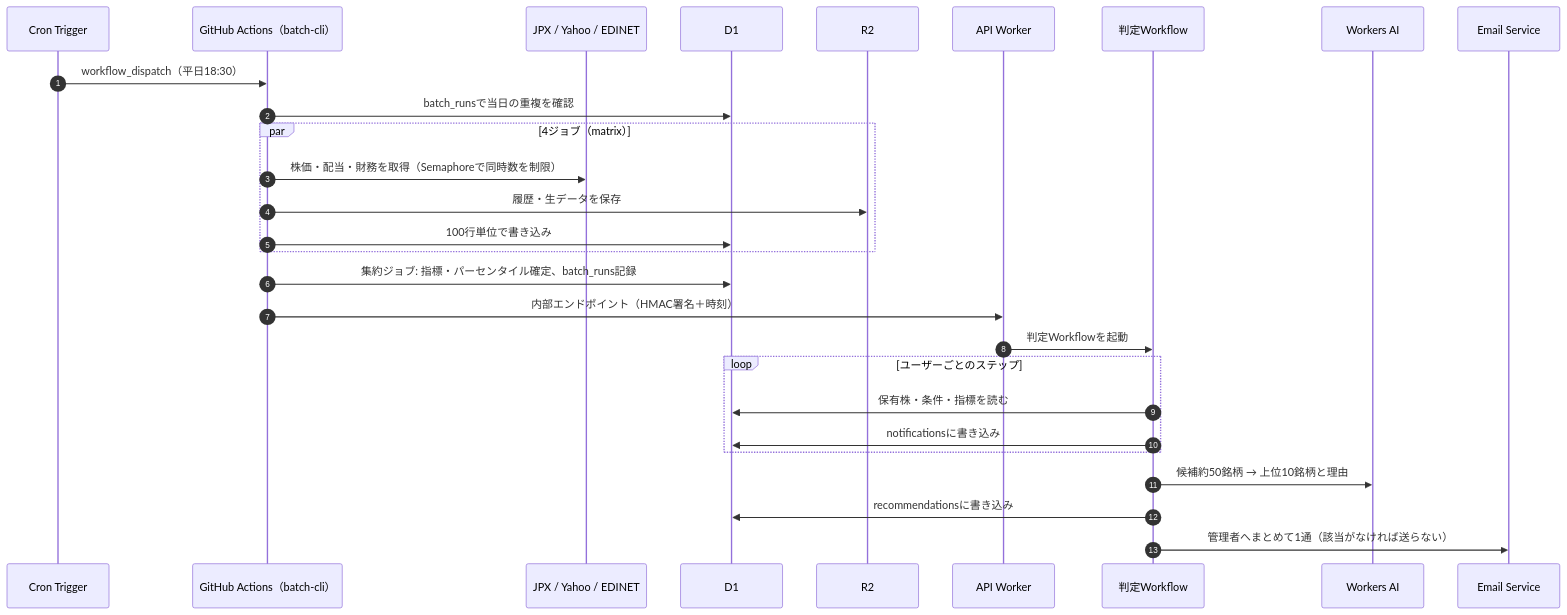
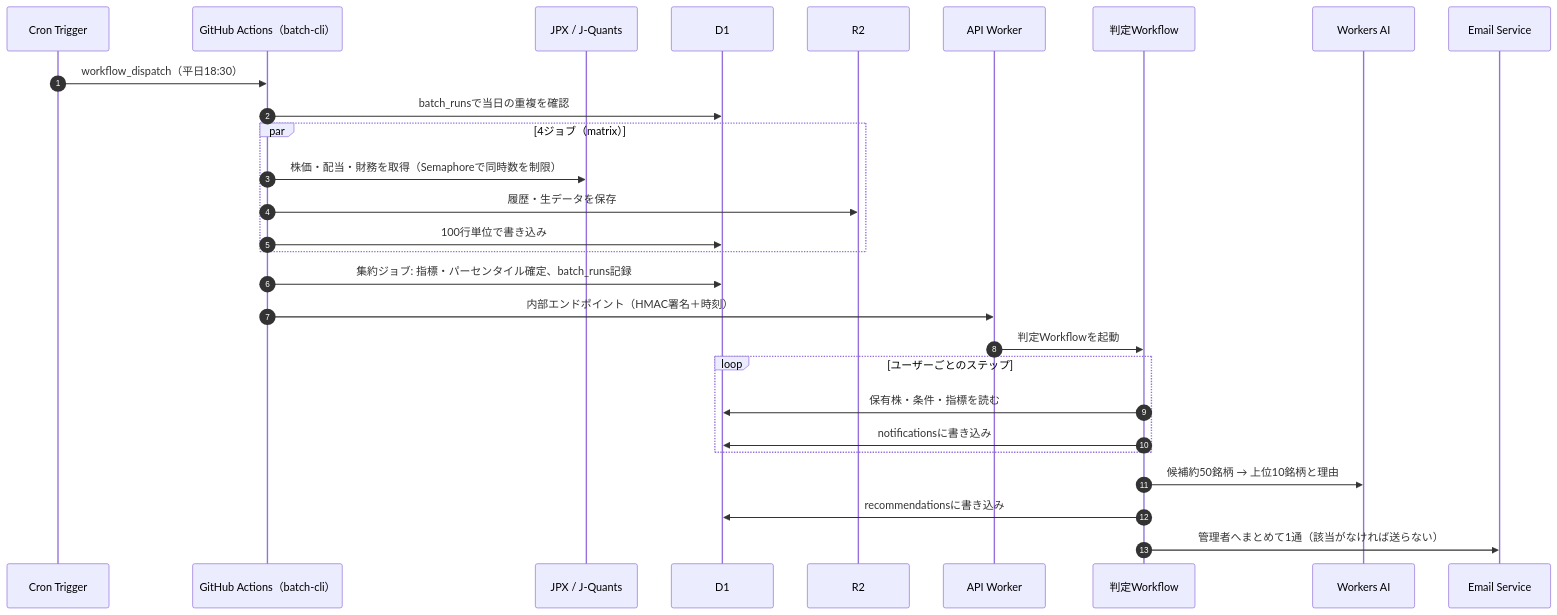
The first of 3 diagrams in docs/04_basic_design.md (taaaaakahiro/stock-insight), drawn with Mermaid before and after one commit. The commit also changed other lines of this file and 8 other files, not shown here.

````diff
--- a/docs/04_basic_design.md
+++ b/docs/04_basic_design.md
@@ -19,31 +19,31 @@
 ```mermaid
 sequenceDiagram
   autonumber
   participant CR as Cron Trigger
   participant GH as GitHub Actions（batch-cli）
-  participant EX as JPX / Yahoo / EDINET
+  participant EX as JPX / J-Quants
   participant D1 as D1
   participant R2 as R2
   participant API as API Worker
   participant WF as 判定Workflow
   participant AI as Workers AI
   participant M as Email Service
 
   CR->>GH: workflow_dispatch（平日18:30）
   GH->>D1: batch_runsで当日の重複を確認
   par 4ジョブ（matrix）
     GH->>EX: 株価・配当・財務を取得（Semaphoreで同時数を制限）
     GH->>R2: 履歴・生データを保存
     GH->>D1: 100行単位で書き込み
   end
   GH->>D1: 集約ジョブ: 指標・パーセンタイル確定、batch_runs記録
   GH->>API: 内部エンドポイント（HMAC署名＋時刻）
   API->>WF: 判定Workflowを起動
   loop ユーザーごとのステップ
     WF->>D1: 保有株・条件・指標を読む
     WF->>D1: notificationsに書き込み
   end
   WF->>AI: 候補約50銘柄 → 上位10銘柄と理由
   WF->>D1: recommendationsに書き込み
   WF->>M: 管理者へまとめて1通（該当がなければ送らない）
 ```
````
